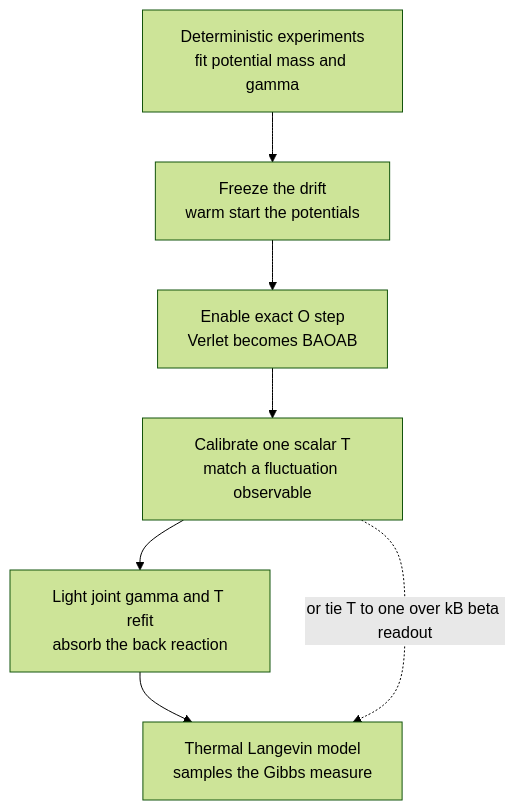
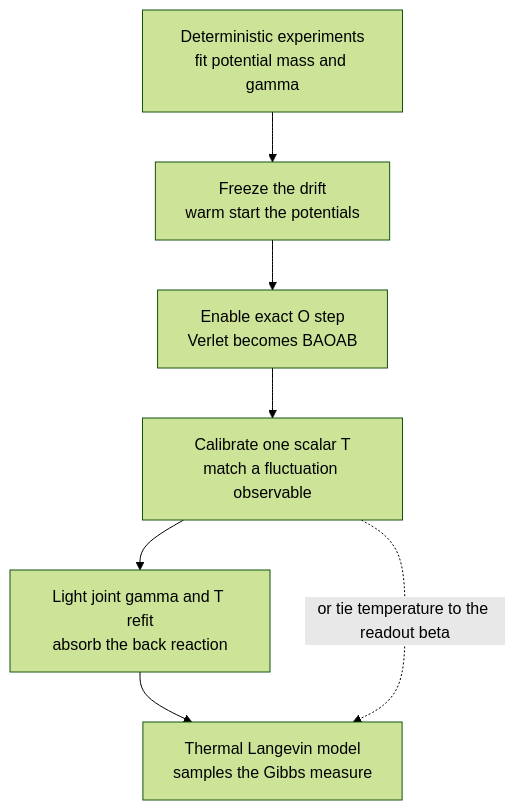
Before and after one commit to dimitarpg13/semsimula-paper: the second of 3 diagrams in companion_notes/Langevin_dynamics_reformulation_of_classical_damped_Lagrangian_flow.md, drawn with Mermaid (forest theme). The commit also changed other lines of this file and 2 other files, not shown here.

````diff
--- a/companion_notes/Langevin_dynamics_reformulation_of_classical_damped_Lagrangian_flow.md
+++ b/companion_notes/Langevin_dynamics_reformulation_of_classical_damped_Lagrangian_flow.md
@@ -281,16 +282,16 @@
 ```mermaid
 flowchart TB
     EXP["Deterministic experiments<br>fit potential mass and gamma"]
     FREEZE["Freeze the drift<br>warm start the potentials"]
     OSTEP["Enable exact O step<br>Verlet becomes BAOAB"]
     CALT["Calibrate one scalar T<br>match a fluctuation observable"]
     REFIT["Light joint gamma and T refit<br>absorb the back reaction"]
     DONE["Thermal Langevin model<br>samples the Gibbs measure"]
 
     EXP --> FREEZE
     FREEZE --> OSTEP
     OSTEP --> CALT
     CALT --> REFIT
     REFIT --> DONE
-    CALT -.->|or tie T to one over kB beta readout| DONE
+    CALT -.->|or tie temperature to the readout beta| DONE
 ```
````
